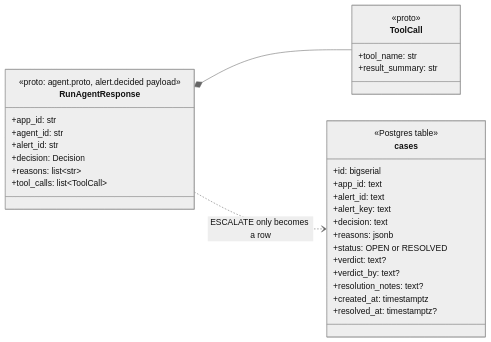
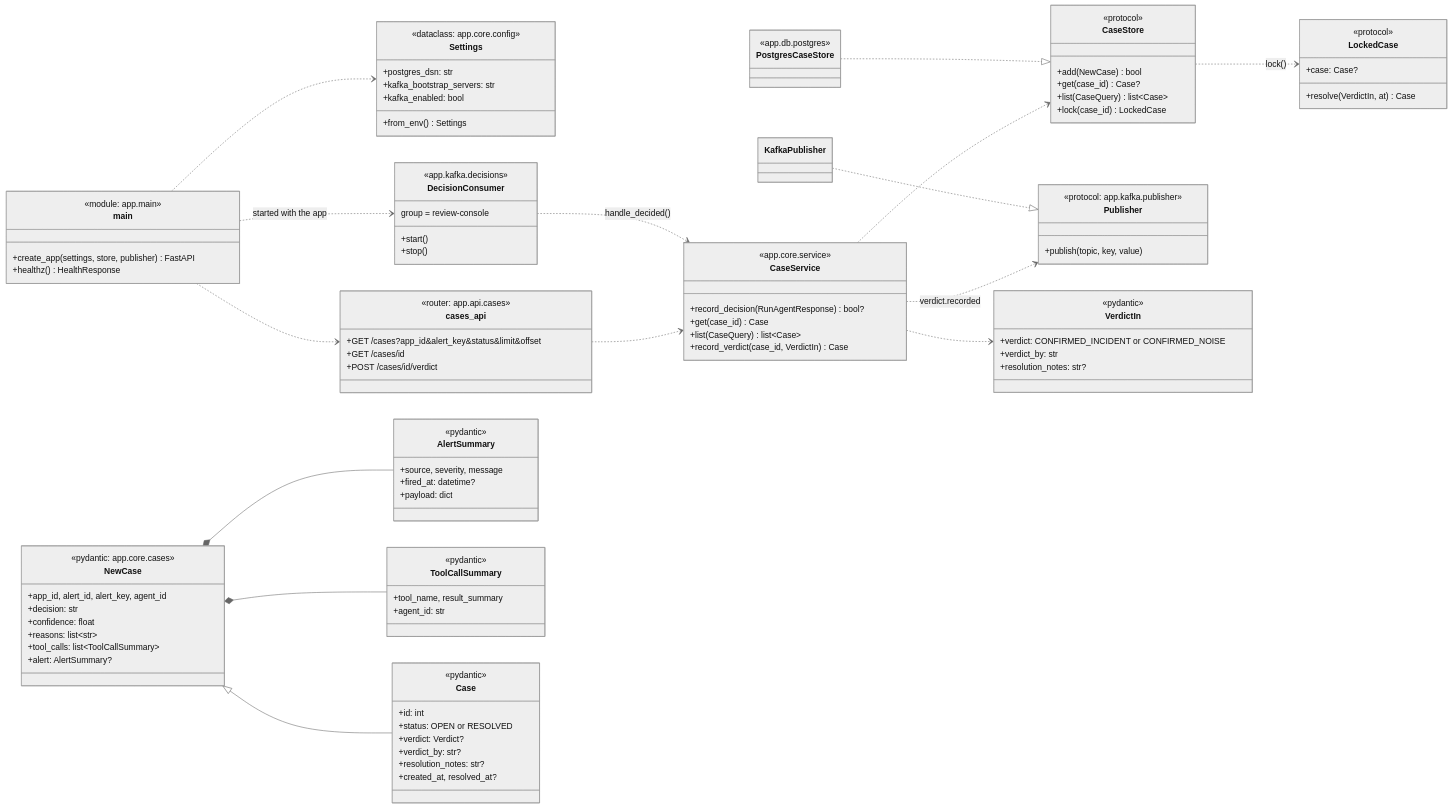
One commit to SrikanthArgp/agentic-platform changed the diagram in backend/services/review-console/CLASS_DIAGRAM.md. Above: the diagram before and after it, drawn with Mermaid (neutral theme). The commit also changed other lines of this file and 42 other files, not shown here.

First line of the commit message:
Day 9: review-console cases and verdicts; decisions carry the alert

````diff
--- a/backend/services/review-console/CLASS_DIAGRAM.md
+++ b/backend/services/review-console/CLASS_DIAGRAM.md
@@ -48,35 +7,105 @@
 ```mermaid
 classDiagram
     direction LR
-    class RunAgentResponse {
-        <<proto: agent.proto, alert.decided payload>>
-        +app_id: str
+    class main {
+        <<module: app.main>>
+        +create_app(settings, store, publisher) FastAPI
+        +healthz() HealthResponse
+    }
+    class Settings {
+        <<dataclass: app.core.config>>
+        +postgres_dsn: str
+        +kafka_bootstrap_servers: str
+        +kafka_enabled: bool
+        +from_env() Settings
+    }
+    class cases_api {
+        <<router: app.api.cases>>
+        +GET /cases?app_id&alert_key&status&limit&offset
+        +GET /cases/id
+        +POST /cases/id/verdict
+    }
+    class CaseService {
+        <<app.core.service>>
+        +record_decision(RunAgentResponse) bool?
+        +get(case_id) Case
+        +list(CaseQuery) list~Case~
+        +record_verdict(case_id, VerdictIn) Case
+    }
+    class CaseStore {
+        <<protocol>>
+        +add(NewCase) bool
+        +get(case_id) Case?
+        +list(CaseQuery) list~Case~
+        +lock(case_id) LockedCase
+    }
+    class PostgresCaseStore {
+        <<app.db.postgres>>
+    }
+    class LockedCase {
+        <<protocol>>
+        +case: Case?
+        +resolve(VerdictIn, at) Case
+    }
+    class DecisionConsumer {
+        <<app.kafka.decisions>>
+        group = review-console
+        +start()
+        +stop()
+    }
+    class Publisher {
+        <<protocol: app.kafka.publisher>>
+        +publish(topic, key, value)
+    }
+    class KafkaPublisher
+    class NewCase {
+        <<pydantic: app.core.cases>>
+        +app_id, alert_id, alert_key, agent_id
+        +decision: str
+        +confidence: float
+        +reasons: list~str~
+        +tool_calls: list~ToolCallSummary~
+        +alert: AlertSummary?
+    }
+    class AlertSummary {
+        <<pydantic>>
+        +source, severity, message
+        +fired_at: datetime?
+        +payload: dict
+    }
+    class ToolCallSummary {
+        <<pydantic>>
+        +tool_name, result_summary
         +agent_id: str
-        +alert_id: str
-        +decision: Decision
-        +reasons: list~str~
-        +tool_calls: list~ToolCall~
     }
-    class ToolCall {
-        <<proto>>
-        +tool_name: str
-        +result_summary: str
+    class Case {
+        <<pydantic>>
+        +id: int
+        +status: OPEN or RESOLVED
+        +verdict: Verdict?
+        +verdict_by: str?
+        +resolution_notes: str?
+        +created_at, resolved_at?
     }
-    class cases {
-        <<Postgres table>>
-        +id: bigserial
-        +app_id: text
-        +alert_id: text
-        +alert_key: text
-        +decision: text
-        +reasons: jsonb
-        +status: OPEN or RESOLVED
-        +verdict: text?
-        +verdict_by: text?
-        +resolution_notes: text?
-        +created_at: timestamptz
-        +resolved_at: timestamptz?
+    class VerdictIn {
+        <<pydantic>>
+        +verdict: CONFIRMED_INCIDENT or CONFIRMED_NOISE
+        +verdict_by: str
+        +resolution_notes: str?
     }
-    RunAgentResponse *-- ToolCall
-    RunAgentResponse ..> cases : ESCALATE only becomes a row
+
+    main ..> Settings
+    main ..> cases_api
+    main ..> DecisionConsumer : started with the app
+    cases_api ..> CaseService
+    DecisionConsumer ..> CaseService : handle_decided()
+    CaseService ..> CaseStore
+    CaseService ..> Publisher : verdict.recorded
+    PostgresCaseStore ..|> CaseStore
+    CaseStore ..> LockedCase : lock()
+    KafkaPublisher ..|> Publisher
+    NewCase <|-- Case
+    NewCase *-- AlertSummary
+    NewCase *-- ToolCallSummary
+    CaseService ..> VerdictIn
 ```
````
